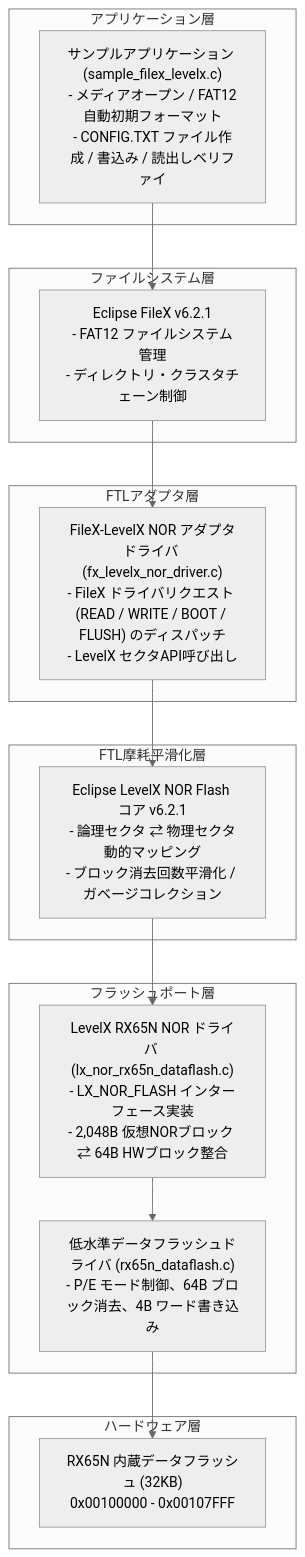
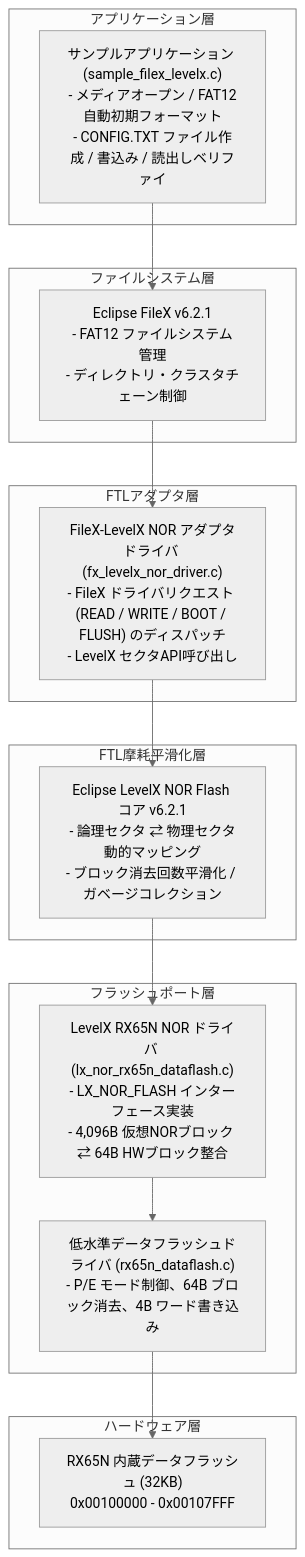
The diagram in README.md (kumata93/RenesasRXAzureFileX), drawn with Mermaid (neutral theme) before and after one commit. The commit also changed 13 other files, not shown here.

Commit message:
fix: resolve FX_MEDIA_INVALID by aggregating Data Flash blocks for LevelX and adding chip erase

````diff
--- a/README.md
+++ b/README.md
@@ -23,34 +23,34 @@
 ```mermaid
 graph TD
     subgraph アプリケーション層
         APP["サンプルアプリケーション (sample_filex_levelx.c)<br/>- メディアオープン / FAT12自動初期フォーマット<br/>- CONFIG.TXT ファイル作成 / 書込み / 読出しベリファイ"]
     end
 
     subgraph ファイルシステム層
         FX["Eclipse FileX v6.2.1<br/>- FAT12 ファイルシステム管理<br/>- ディレクトリ・クラスタチェーン制御"]
     end
 
     subgraph FTLアダプタ層
         ADAPT["FileX-LevelX NOR アダプタドライバ (fx_levelx_nor_driver.c)<br/>- FileX ドライバリクエスト (READ / WRITE / BOOT / FLUSH) のディスパッチ<br/>- LevelX セクタAPI呼び出し"]
     end
 
     subgraph FTL摩耗平滑化層
         LX["Eclipse LevelX NOR Flash コア v6.2.1<br/>- 論理セクタ ⇄ 物理セクタ動的マッピング<br/>- ブロック消去回数平滑化 / ガベージコレクション"]
     end
 
     subgraph フラッシュポート層
-        LX_DRV["LevelX RX65N NOR ドライバ (lx_nor_rx65n_dataflash.c)<br/>- LX_NOR_FLASH インターフェース実装<br/>- 2,048B 仮想NORブロック ⇄ 64B HWブロック整合"]
+        LX_DRV["LevelX RX65N NOR ドライバ (lx_nor_rx65n_dataflash.c)<br/>- LX_NOR_FLASH インターフェース実装<br/>- 4,096B 仮想NORブロック ⇄ 64B HWブロック整合"]
         HW_DRV["低水準データフラッシュドライバ (rx65n_dataflash.c)<br/>- P/E モード制御、64B ブロック消去、4B ワード書き込み"]
     end
 
     subgraph ハードウェア層
         HW["RX65N 内蔵データフラッシュ (32KB)<br/>0x00100000 - 0x00107FFF"]
     end
 
     APP --> FX
     FX --> ADAPT
     ADAPT --> LX
     LX --> LX_DRV
     LX_DRV --> HW_DRV
     HW_DRV --> HW
 ```
````
